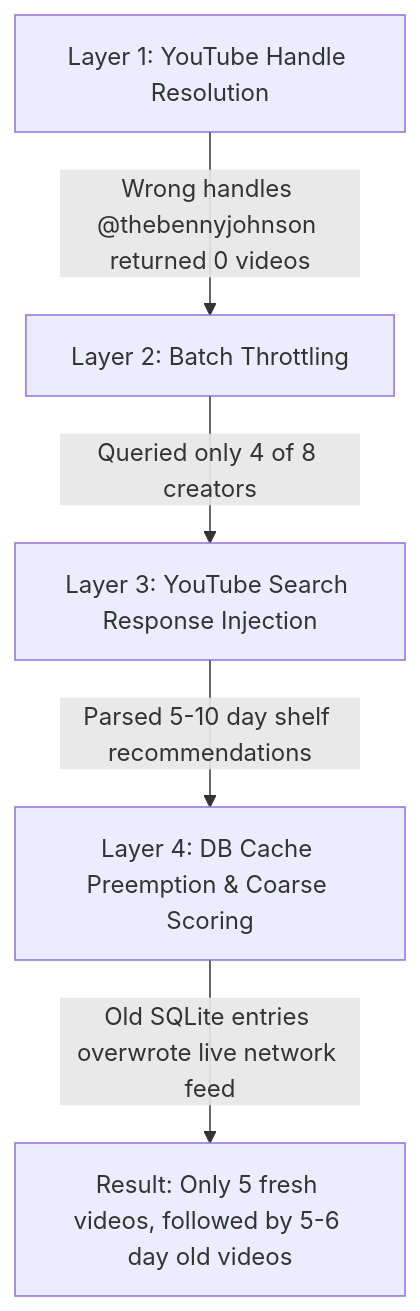
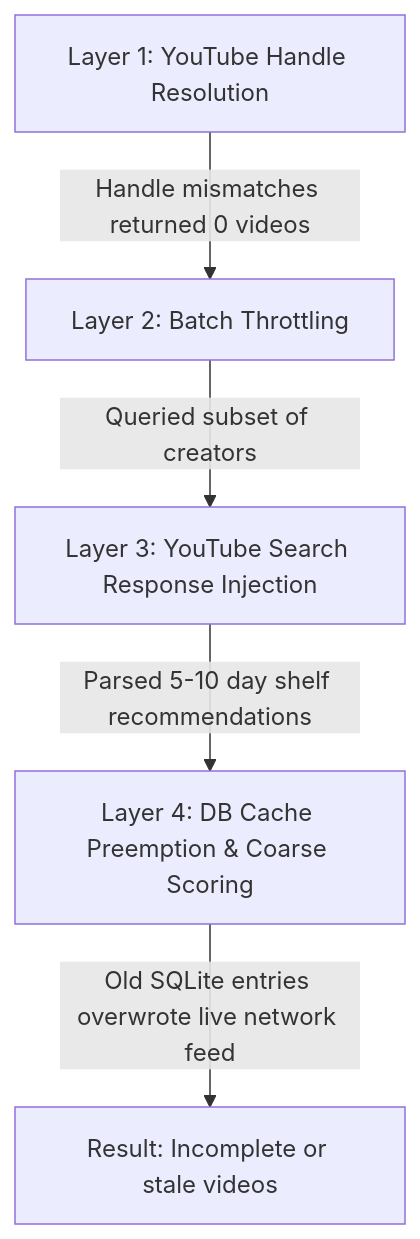
Before and after one commit to Viguru24/YouTube: the first of 2 diagrams in docs/feed_architecture_report.md, drawn with Mermaid. The commit also changed other lines of this file and 37 other files, not shown here.

````diff
--- a/docs/feed_architecture_report.md
+++ b/docs/feed_architecture_report.md
@@ -15,7 +15,7 @@
 ```mermaid
 graph TD
-    A["Layer 1: YouTube Handle Resolution"] -->|Wrong handles @thebennyjohnson returned 0 videos| B["Layer 2: Batch Throttling"]
-    B -->|Queried only 4 of 8 creators| C["Layer 3: YouTube Search Response Injection"]
+    A["Layer 1: YouTube Handle Resolution"] -->|Handle mismatches returned 0 videos| B["Layer 2: Batch Throttling"]
+    B -->|Queried subset of creators| C["Layer 3: YouTube Search Response Injection"]
     C -->|Parsed 5-10 day shelf recommendations| D["Layer 4: DB Cache Preemption & Coarse Scoring"]
-    D -->|Old SQLite entries overwrote live network feed| E["Result: Only 5 fresh videos, followed by 5-6 day old videos"]
+    D -->|Old SQLite entries overwrote live network feed| E["Result: Incomplete or stale videos"]
 ```
````
